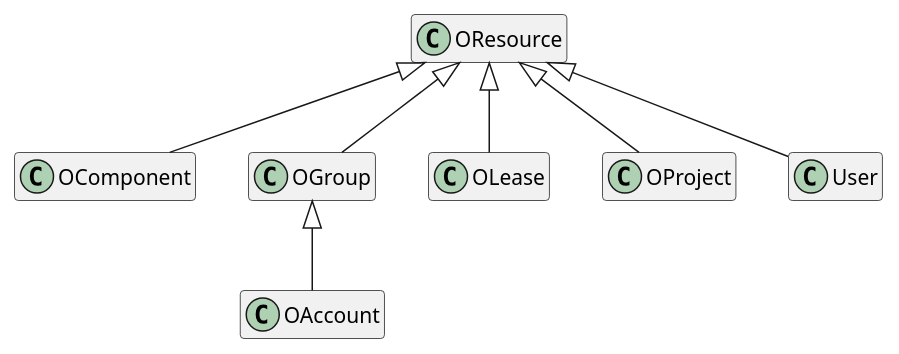
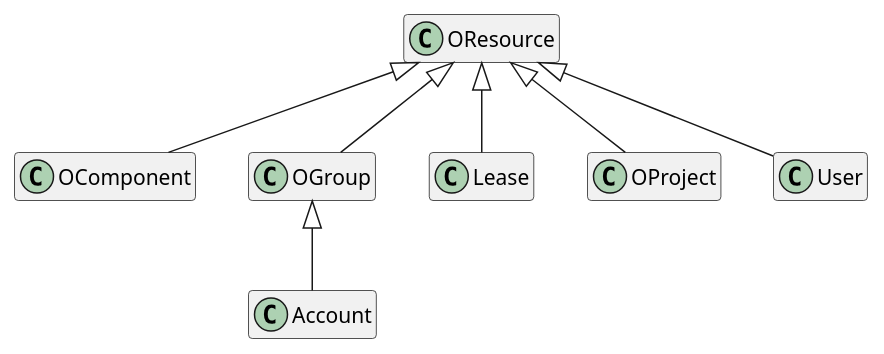
Before and after one commit to dostavro/omf_sfa: the first of 2 diagrams in lib/omf-sfa/resource/README.md, drawn with PlantUML. The commit also changed other lines of this file and 24 other files, not shown here.

Commit message:
Renamed 'OLease' to 'Lease' and 'OAccount' to 'Account'

```diff
--- a/lib/omf-sfa/resource/README.md
+++ b/lib/omf-sfa/resource/README.md
@@ -1,10 +1,10 @@
 @startuml
 hide members
 
 OResource <|-- OComponent
 OResource <|-- OGroup
-OGroup <|-- OAccount
-OResource <|-- OLease
+OGroup <|-- Account
+OResource <|-- Lease
 OResource <|-- OProject
 OResource <|-- User
 @enduml
```
